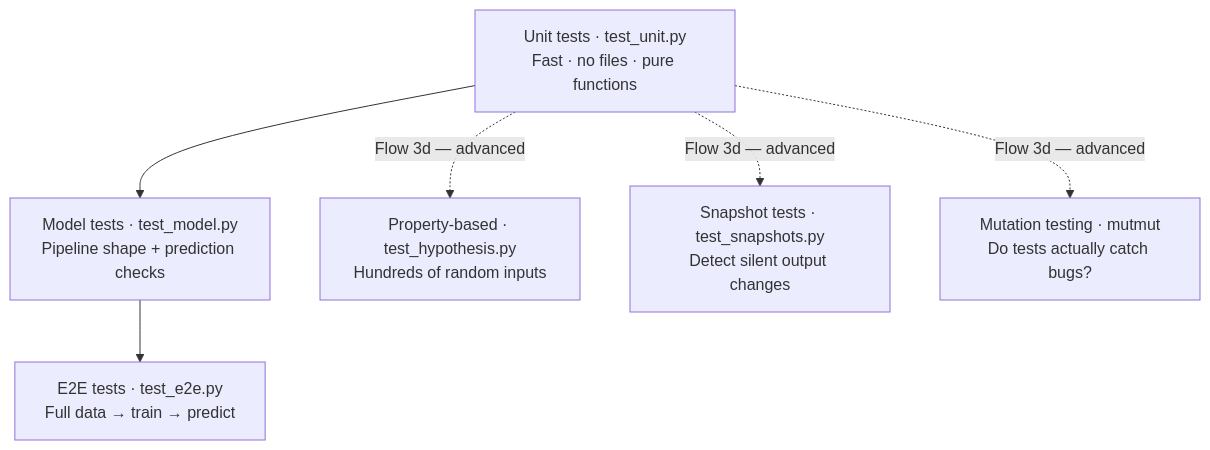
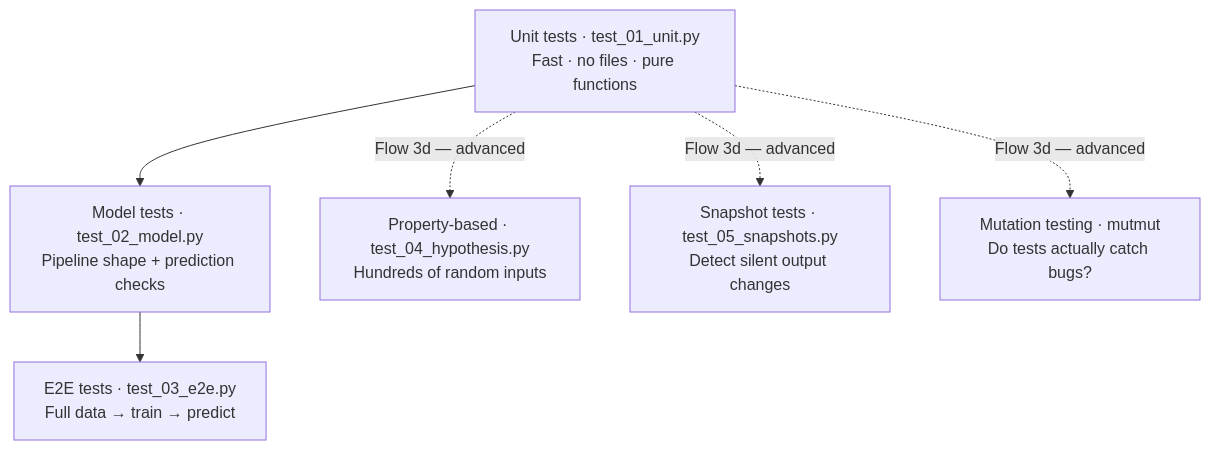
The second of 4 diagrams in README.md (po-DRA/ci-cd-template1), drawn with Mermaid before and after one commit. The commit also changed other lines of this file and 2 other files, not shown here.

````diff
--- a/README.md
+++ b/README.md
@@ -173,14 +181,14 @@
 ```mermaid
 flowchart TD
-    U["Unit tests · test_unit.py<br/>Fast · no files · pure functions"]
-    M["Model tests · test_model.py<br/>Pipeline shape + prediction checks"]
-    E["E2E tests · test_e2e.py<br/>Full data → train → predict"]
-    P["Property-based · test_hypothesis.py<br/>Hundreds of random inputs"]
-    S["Snapshot tests · test_snapshots.py<br/>Detect silent output changes"]
+    U["Unit tests · test_01_unit.py<br/>Fast · no files · pure functions"]
+    M["Model tests · test_02_model.py<br/>Pipeline shape + prediction checks"]
+    E["E2E tests · test_03_e2e.py<br/>Full data → train → predict"]
+    P["Property-based · test_04_hypothesis.py<br/>Hundreds of random inputs"]
+    S["Snapshot tests · test_05_snapshots.py<br/>Detect silent output changes"]
     MU["Mutation testing · mutmut<br/>Do tests actually catch bugs?"]
 
     U --> M --> E
     U -.->|Flow 3d — advanced| P
     U -.->|Flow 3d — advanced| S
     U -.->|Flow 3d — advanced| MU
 ```
````
